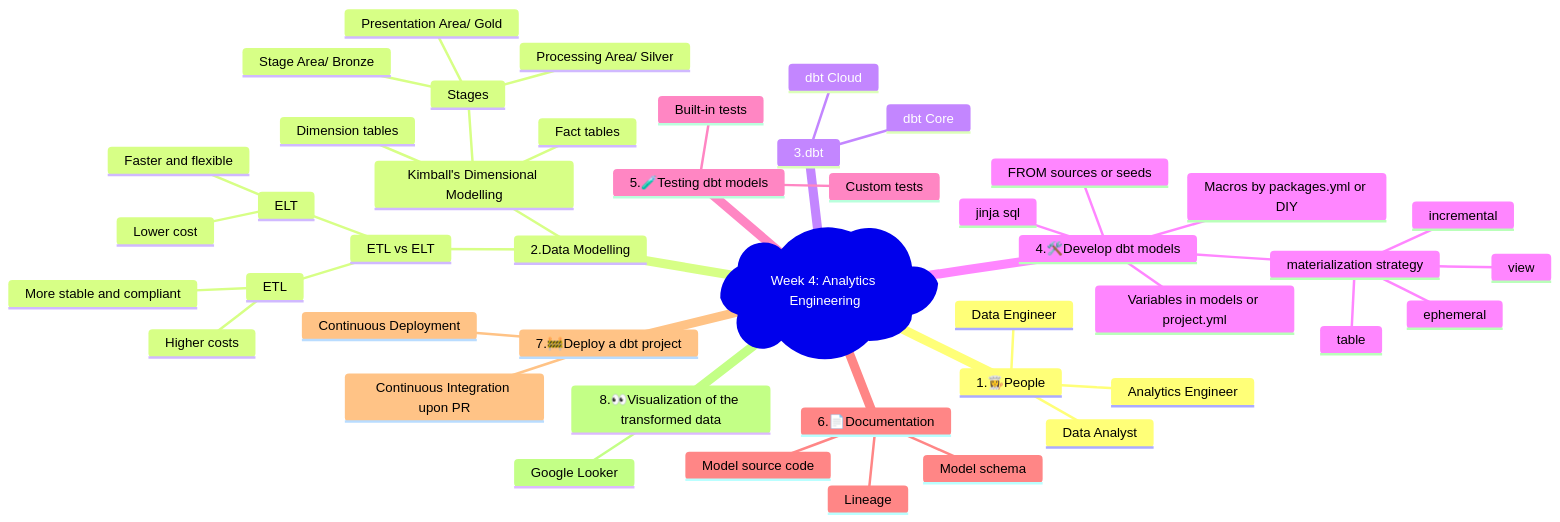
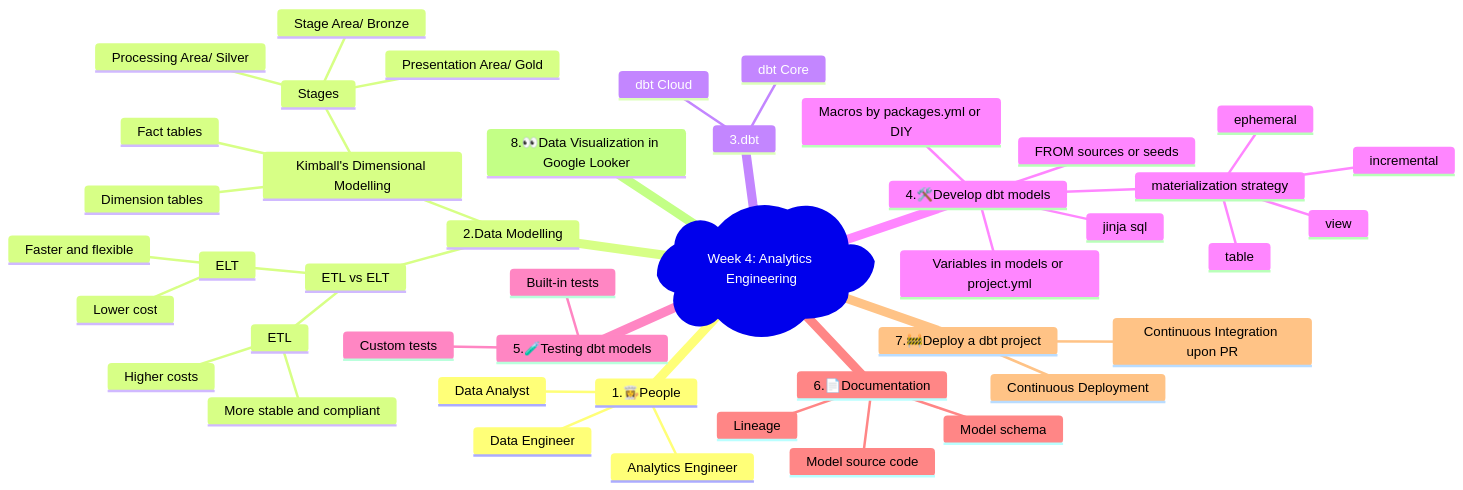
Before and after one commit to alangan17/DataEngineerZoomCamp2024Week4: the diagram in README.md, drawn with Mermaid.

Commit message:
Update mindmap

````diff
--- a/README.md
+++ b/README.md
@@ -8,48 +8,47 @@
 ```mermaid
 mindmap
     id1)Week 4: Analytics Engineering(
         1.👩‍🍳People
             Data Engineer
             Analytics Engineer
             Data Analyst
         2.Data Modelling
             ETL vs ELT
                 ETL
                     More stable and compliant
                     Higher costs
                 ELT
                     Faster and flexible
                     Lower cost
             Kimball's Dimensional Modelling
                 Fact tables
                 Dimension tables
                 Stages
                     Stage Area/ Bronze
                     Processing Area/ Silver
                     Presentation Area/ Gold
         3.dbt
                 dbt Core
                 dbt Cloud
         4.🛠️Develop dbt models
             jinja sql
             materialization strategy
                 view
                 table
                 incremental
                 ephemeral
             FROM sources or seeds
             Macros by packages.yml or DIY
             Variables in models or project.yml
         5.🧪Testing dbt models
             Built-in tests
             Custom tests
         6.📄Documentation
             Model source code
             Model schema
             Lineage
         7.🚧Deploy a dbt project
             Continuous Integration upon PR
             Continuous Deployment
-        8.👀Visualization of the transformed data
-            Google Looker
+        8.👀Data Visualization in Google Looker
 ```
````
